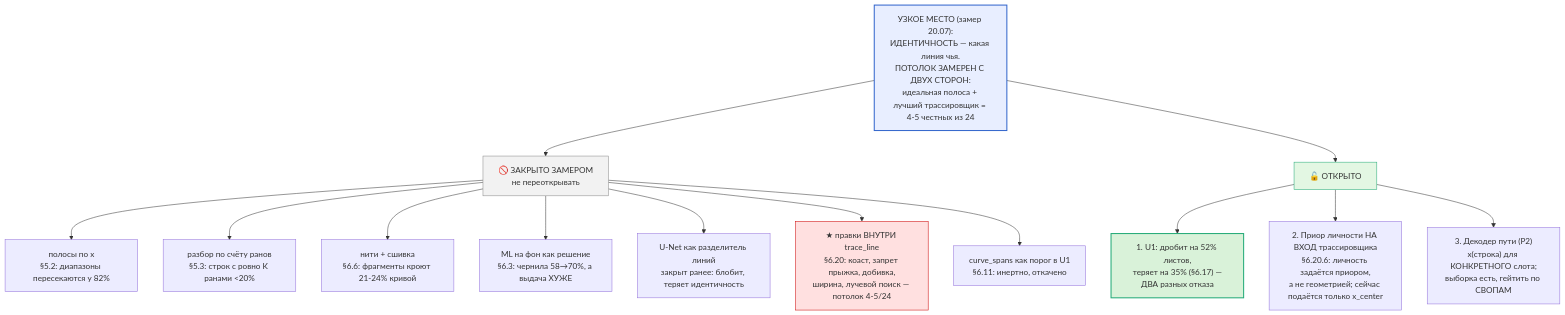
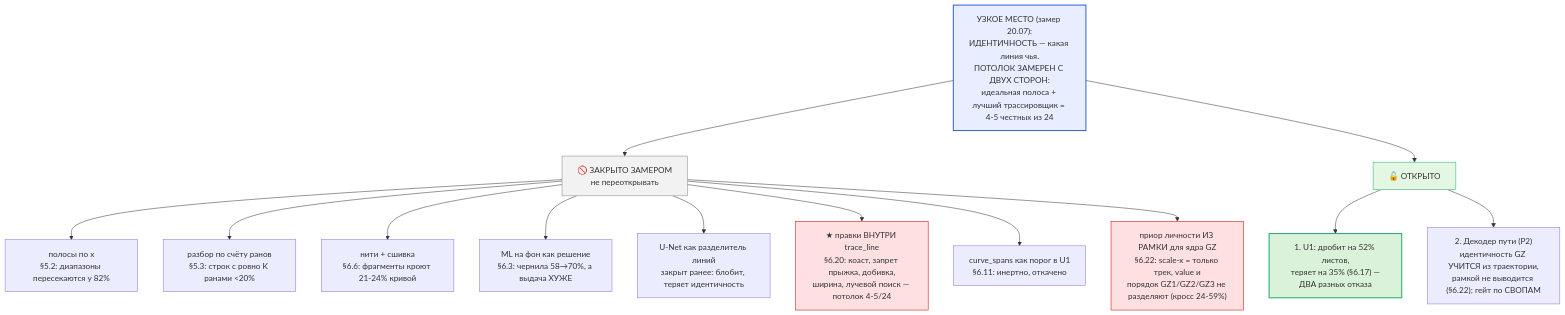
One commit to Defou1t/CarrotageAuto changed the third of 4 diagrams in ROADMAP_RECOGNITION.md. Above: the diagram before and after it, drawn with Mermaid. The commit also changed other lines of this file and 2 other files, not shown here.

````diff
--- a/ROADMAP_RECOGNITION.md
+++ b/ROADMAP_RECOGNITION.md
@@ -53,25 +53,27 @@
 ```mermaid
 flowchart TB
     ROOT["УЗКОЕ МЕСТО (замер 20.07):<br/>ИДЕНТИЧНОСТЬ — какая линия чья.<br/>ПОТОЛОК ЗАМЕРЕН С ДВУХ СТОРОН:<br/>идеальная полоса + лучший трассировщик = 4-5 честных из 24"]
 
     ROOT --> CLOSED["🚫 ЗАКРЫТО ЗАМЕРОМ<br/>не переоткрывать"]
     ROOT --> OPEN["🔓 ОТКРЫТО"]
 
     CLOSED --> C1["полосы по x<br/>§5.2: диапазоны пересекаются у 82%"]
     CLOSED --> C2["разбор по счёту ранов<br/>§5.3: строк с ровно K ранами <20%"]
     CLOSED --> C3["нити + сшивка<br/>§6.6: фрагменты кроют 21-24% кривой"]
     CLOSED --> C4["ML на фон как решение<br/>§6.3: чернила 58→70%, а выдача ХУЖЕ"]
     CLOSED --> C5["U-Net как разделитель линий<br/>закрыт ранее: блобит, теряет идентичность"]
     CLOSED --> C6["★ правки ВНУТРИ trace_line<br/>§6.20: коаст, запрет прыжка, добивка,<br/>ширина, лучевой поиск — потолок 4-5/24"]
     CLOSED --> C7["curve_spans как порог в U1<br/>§6.11: инертно, откачено"]
 
+    CLOSED --> C8["приор личности ИЗ РАМКИ для ядра GZ<br/>§6.22: scale-x = только трек, value и<br/>порядок GZ1/GZ2/GZ3 не разделяют (кросс 24-59%)"]
+
     OPEN --> O2["1. U1: дробит на 52% листов,<br/>теряет на 35% (§6.17) —<br/>ДВА разных отказа"]
-    OPEN --> O1["2. Приор личности НА ВХОД трассировщика<br/>§6.20.6: личность задаётся приором,<br/>а не геометрией; сейчас подаётся только x_center"]
-    OPEN --> O3["3. Декодер пути (P2)<br/>x(строка) для КОНКРЕТНОГО слота;<br/>выборка есть, гейтить по СВОПАМ"]
+    OPEN --> O3["2. Декодер пути (P2)<br/>идентичность GZ УЧИТСЯ из траектории,<br/>рамкой не выводится (§6.22); гейт по СВОПАМ"]
 
     style ROOT fill:#e8eeff,stroke:#36c,stroke-width:2px
     style CLOSED fill:#f2f2f2,stroke:#888
     style OPEN fill:#e3f7e3,stroke:#2a7
     style C6 fill:#ffe0e0,stroke:#c00
+    style C8 fill:#ffe0e0,stroke:#c00
     style O2 fill:#d9f2d9,stroke:#2a7,stroke-width:2px
 ```
````
